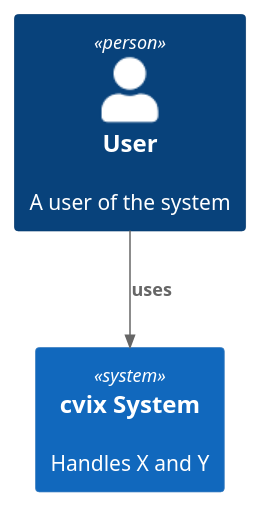
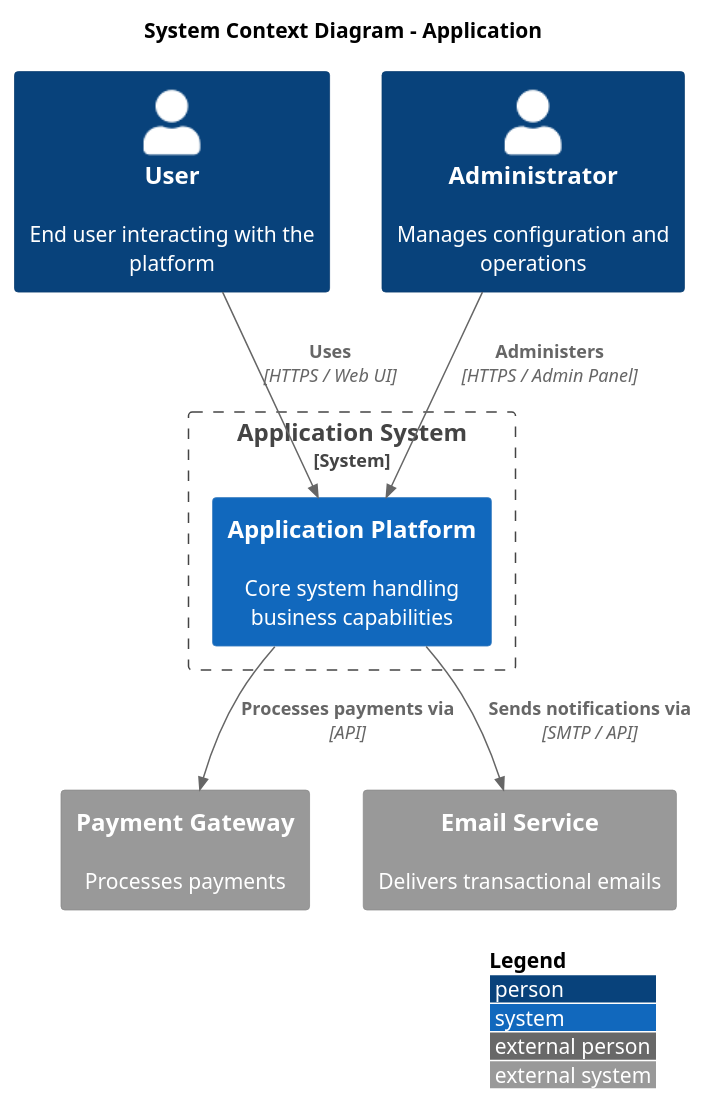
Before and after one commit to dallay/starter-gradle: the diagram in .agents/skills/c4-diagrams/assets/plantuml-example.puml, drawn with PlantUML. The commit also changed 20 other files, not shown here.

Commit message:
docs: Update diagram examples and author metadata in SKILL.md

```diff
--- a/.agents/skills/c4-diagrams/assets/plantuml-example.puml
+++ b/.agents/skills/c4-diagrams/assets/plantuml-example.puml
@@ -1,9 +1,24 @@
 @startuml
-/' PlantUML C4 example (assets/plantuml-example.puml) '/
+/' Enhanced PlantUML C4 template '/
 !include https://raw.githubusercontent.com/plantuml-stdlib/C4-PlantUML/v2.13.0/C4_Context.puml
 
-Person(user, "User", "A user of the system")
-System(cvix, "cvix System", "Handles X and Y")
-Rel(user, cvix, "uses")
+LAYOUT_WITH_LEGEND()
+
+title System Context Diagram – Application
+
+Person(user, "User", "End user interacting with the platform")
+Person(admin, "Administrator", "Manages configuration and operations")
+
+System_Boundary(app_boundary, "Application System") {
+    System(app, "Application Platform", "Core system handling business capabilities")
+}
+
+System_Ext(payment, "Payment Gateway", "Processes payments")
+System_Ext(email, "Email Service", "Delivers transactional emails")
+
+Rel(user, app, "Uses", "HTTPS / Web UI")
+Rel(admin, app, "Administers", "HTTPS / Admin Panel")
+Rel(app, payment, "Processes payments via", "API")
+Rel(app, email, "Sends notifications via", "SMTP / API")
 
 @enduml
```
